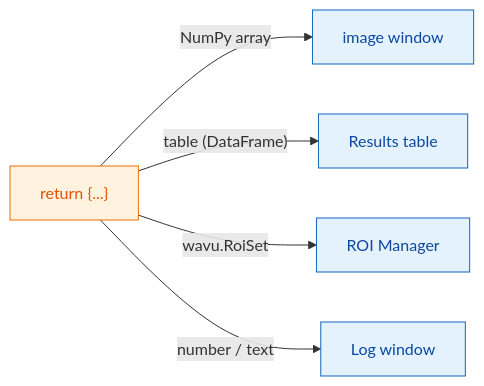
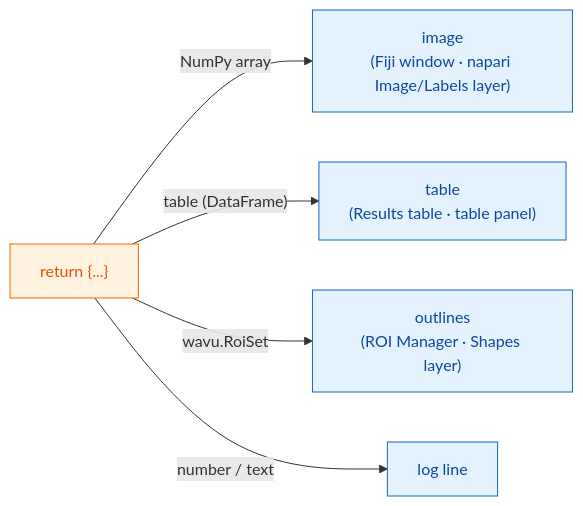
Before and after one commit to Oxford-Zeiss-Centre-of-Excellence/Wavu: the diagram in guide/write/outputs.md, drawn with Mermaid. The commit also changed other lines of this file and 221 other files, not shown here.

````diff
--- a/guide/write/outputs.md
+++ b/guide/write/outputs.md
@@ -11,15 +12,15 @@
 ```mermaid
 flowchart LR
     R["return {...}"]:::script
-    I["image window"]:::fiji
-    T["Results table"]:::fiji
-    O["ROI Manager"]:::fiji
-    L["Log window"]:::fiji
+    I["image<br/>(Fiji window · napari Image/Labels layer)"]:::fiji
+    T["table<br/>(Results table · table panel)"]:::fiji
+    O["outlines<br/>(ROI Manager · Shapes layer)"]:::fiji
+    L["log line"]:::fiji
     R -- "NumPy array" --> I
     R -- "table (DataFrame)" --> T
     R -- "wavu.RoiSet" --> O
     R -- "number / text" --> L
 
     classDef fiji   fill:#e3f2fd,stroke:#1565c0,color:#0d47a1
     classDef script fill:#fff3e0,stroke:#ef6c00,color:#e65100
 ```
````
